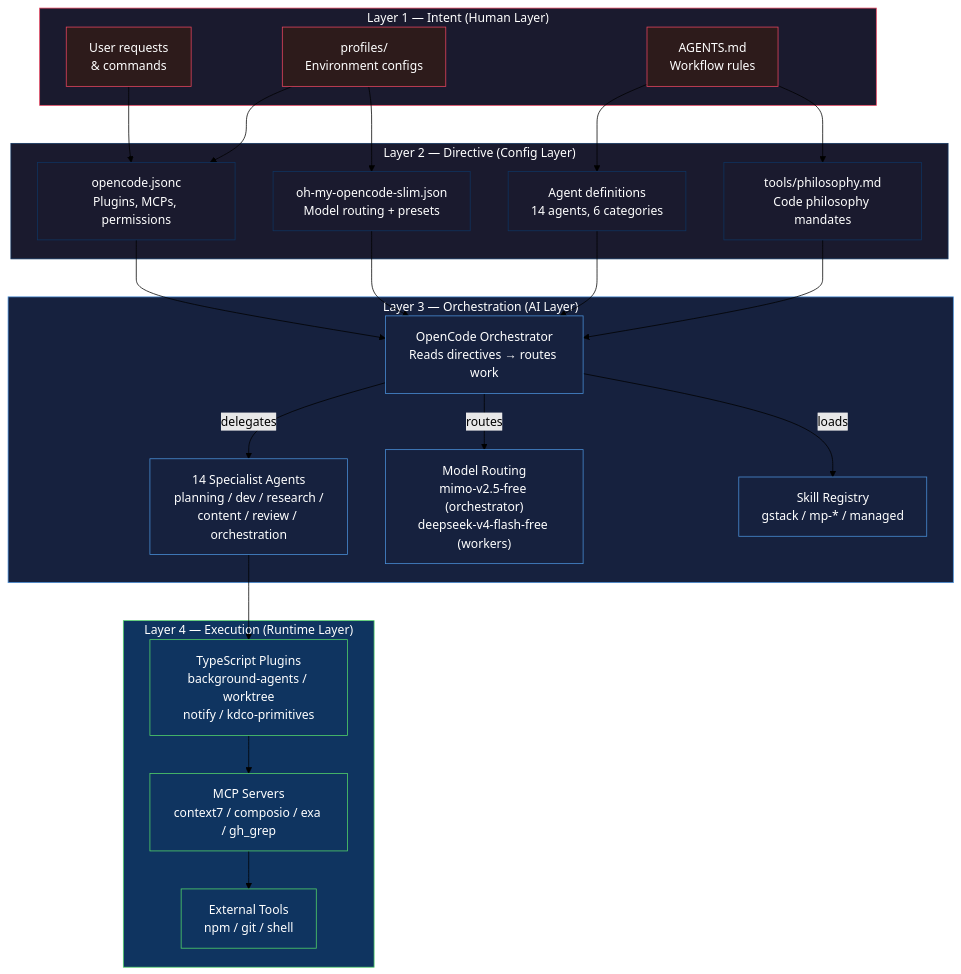
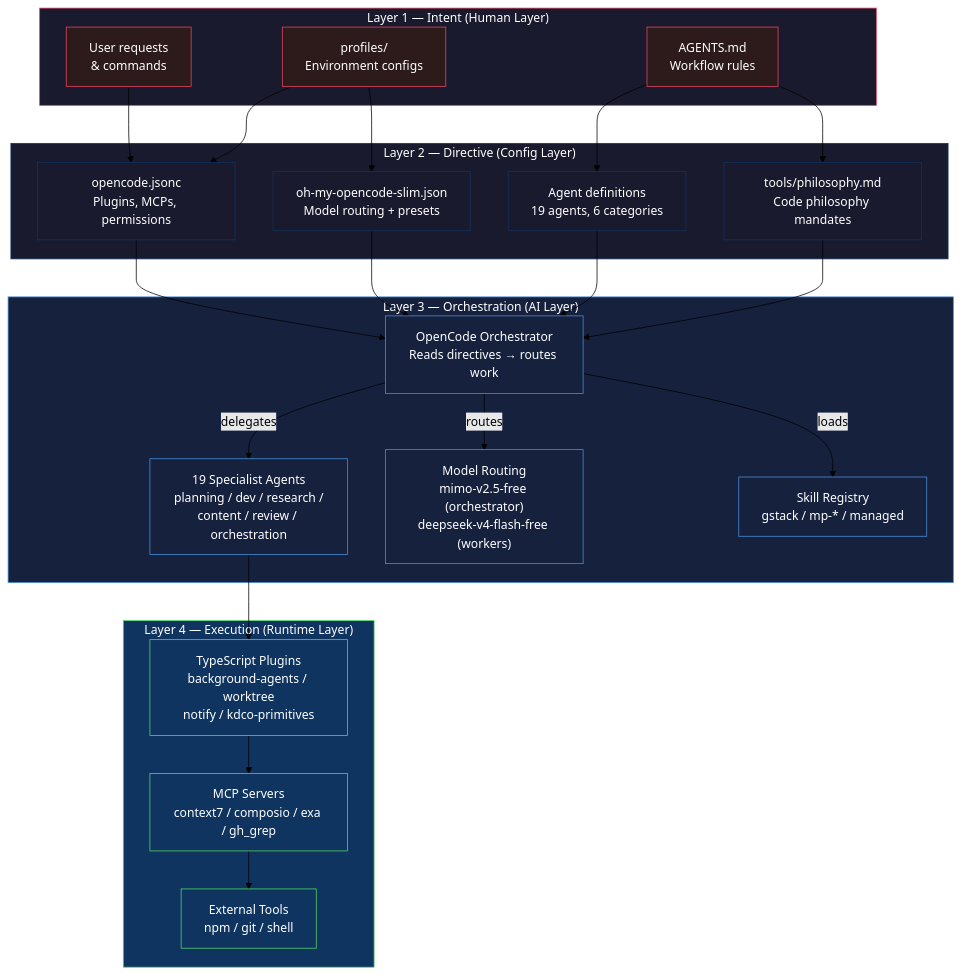
One commit to sanjanb/my-agent-harness changed the first of 5 diagrams in README.md. Above: the diagram before and after it, drawn with Mermaid (forest theme). The commit also changed other lines of this file and 5 other files, not shown here.

Commit message:
Add 5 new agents: typescript-pro, context-manager, error-coordinator, mcp-developer, refactoring-specialist

````diff
--- a/README.md
+++ b/README.md
@@ -25,66 +25,66 @@
 ```mermaid
 graph TD
     subgraph L1["Layer 1 — Intent (Human Layer)"]
         INT1["User requests<br/>& commands"]
         INT2["profiles/<br/>Environment configs"]
         INT3["AGENTS.md<br/>Workflow rules"]
     end
 
     subgraph L2["Layer 2 — Directive (Config Layer)"]
         DIR1["opencode.jsonc<br/>Plugins, MCPs, permissions"]
         DIR2["oh-my-opencode-slim.json<br/>Model routing + presets"]
-        DIR3["Agent definitions<br/>14 agents, 6 categories"]
+        DIR3["Agent definitions<br/>19 agents, 6 categories"]
         DIR4["tools/philosophy.md<br/>Code philosophy mandates"]
     end
 
     subgraph L3["Layer 3 — Orchestration (AI Layer)"]
         ORCH["OpenCode Orchestrator<br/>Reads directives → routes work"]
-        AGENTS["14 Specialist Agents<br/>planning / dev / research /<br/>content / review / orchestration"]
+        AGENTS["19 Specialist Agents<br/>planning / dev / research /<br/>content / review / orchestration"]
         MODELS["Model Routing<br/>mimo-v2.5-free (orchestrator)<br/>deepseek-v4-flash-free (workers)"]
         SKILLS["Skill Registry<br/>gstack / mp-* / managed"]
     end
 
     subgraph L4["Layer 4 — Execution (Runtime Layer)"]
         PLUGINS["TypeScript Plugins<br/>background-agents / worktree<br/>notify / kdco-primitives"]
         MCPS["MCP Servers<br/>context7 / composio / exa / gh_grep"]
         TOOLS["External Tools<br/>npm / git / shell"]
     end
 
     INT1 --> DIR1
     INT2 --> DIR1
     INT2 --> DIR2
     INT3 --> DIR3
     INT3 --> DIR4
 
     DIR1 --> ORCH
     DIR2 --> ORCH
     DIR3 --> ORCH
     DIR4 --> ORCH
 
     ORCH -->|"delegates"| AGENTS
     ORCH -->|"routes"| MODELS
     ORCH -->|"loads"| SKILLS
 
     AGENTS --> PLUGINS
     PLUGINS --> MCPS
     MCPS --> TOOLS
 
     style L1 fill:#1a1a2e,stroke:#e94560,color:#fff
     style L2 fill:#1a1a2e,stroke:#0f3460,color:#fff
     style L3 fill:#16213e,stroke:#4a90d9,color:#fff
     style L4 fill:#0f3460,stroke:#53d769,color:#fff
     style INT1 fill:#2d1b1b,stroke:#e94560,color:#fff
     style INT2 fill:#2d1b1b,stroke:#e94560,color:#fff
     style INT3 fill:#2d1b1b,stroke:#e94560,color:#fff
     style DIR1 fill:#1a1a2e,stroke:#0f3460,color:#fff
     style DIR2 fill:#1a1a2e,stroke:#0f3460,color:#fff
     style DIR3 fill:#1a1a2e,stroke:#0f3460,color:#fff
     style DIR4 fill:#1a1a2e,stroke:#0f3460,color:#fff
     style ORCH fill:#16213e,stroke:#4a90d9,color:#fff
     style AGENTS fill:#16213e,stroke:#4a90d9,color:#fff
     style MODELS fill:#16213e,stroke:#4a90d9,color:#fff
     style SKILLS fill:#16213e,stroke:#4a90d9,color:#fff
     style PLUGINS fill:#0f3460,stroke:#53d769,color:#fff
     style MCPS fill:#0f3460,stroke:#53d769,color:#fff
     style TOOLS fill:#0f3460,stroke:#53d769,color:#fff
 ```
````
